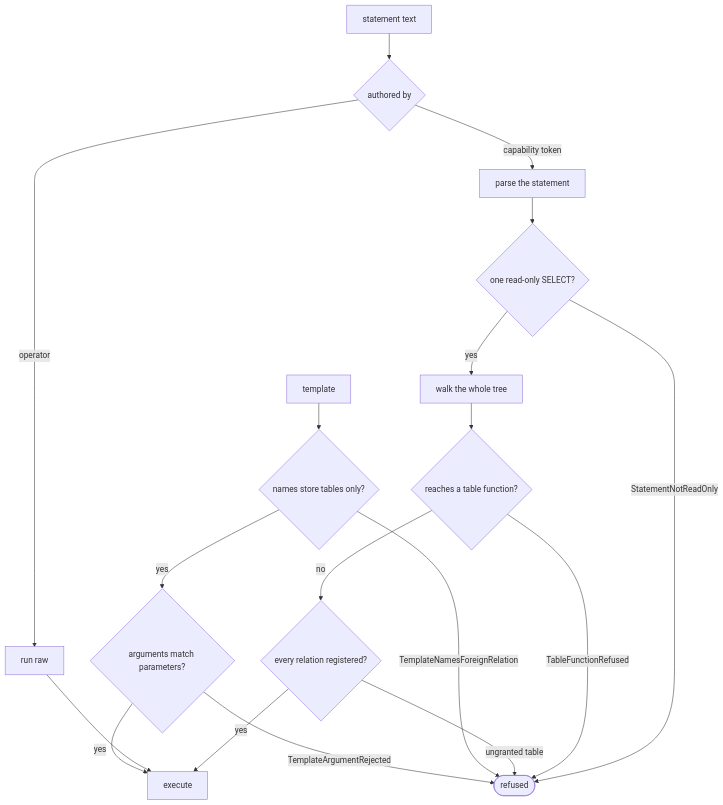
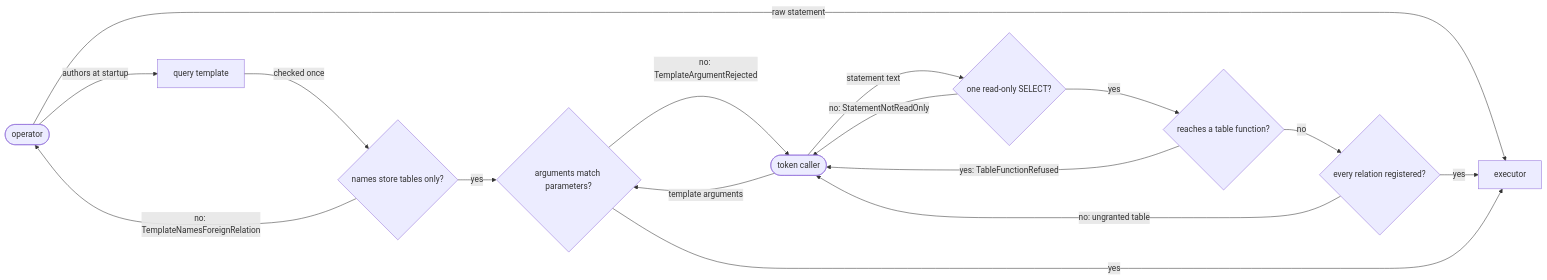
Before and after one commit to fractalboxdev/contextful: the second of 5 diagrams in spec/20-read.md, drawn with Mermaid. The commit also changed other lines of this file and 31 other files, not shown here.

First line of the commit message:
spec: every diagram draws things as nodes and what flows as labelled edges

````diff
--- a/spec/20-read.md
+++ b/spec/20-read.md
@@ -124,20 +118,18 @@
 ```mermaid
-flowchart TD
-  T["statement text"] --> P{"authored by"}
-  P -- "operator" --> RAW["run raw"]
-  P -- "capability token" --> PARSE["parse the statement"]
-  PARSE --> ONE{"one read-only SELECT?"}
-  ONE -- "StatementNotReadOnly" --> NO(["refused"])
-  ONE -- "yes" --> WALK["walk the whole tree"]
-  WALK --> TF{"reaches a table function?"}
-  TF -- "TableFunctionRefused" --> NO
-  TF -- "no" --> REL{"every relation registered?"}
-  REL -- "ungranted table" --> NO
-  REL -- "yes" --> EXEC["execute"]
-  RAW --> EXEC
-  TPL["template"] --> START{"names store tables only?"}
-  START -- "TemplateNamesForeignRelation" --> NO
-  START -- "yes" --> BIND{"arguments match parameters?"}
-  BIND -- "TemplateArgumentRejected" --> NO
-  BIND -- "yes" --> EXEC
+flowchart LR
+  OPR(["operator"]) -->|"raw statement"| EXEC["executor"]
+  TOK(["token caller"]) -->|"statement text"| ONE{"one read-only SELECT?"}
+  ONE -->|"no: StatementNotReadOnly"| TOK
+  ONE -->|"yes"| TF{"reaches a table function?"}
+  TF -->|"yes: TableFunctionRefused"| TOK
+  TF -->|"no"| REL{"every relation registered?"}
+  REL -->|"no: ungranted table"| TOK
+  REL -->|"yes"| EXEC
+  OPR -->|"authors at startup"| TPL["query template"]
+  TPL -->|"checked once"| START{"names store tables only?"}
+  START -->|"no: TemplateNamesForeignRelation"| OPR
+  START -->|"yes"| BIND{"arguments match parameters?"}
+  TOK -->|"template arguments"| BIND
+  BIND -->|"no: TemplateArgumentRejected"| TOK
+  BIND -->|"yes"| EXEC
 ```
````
